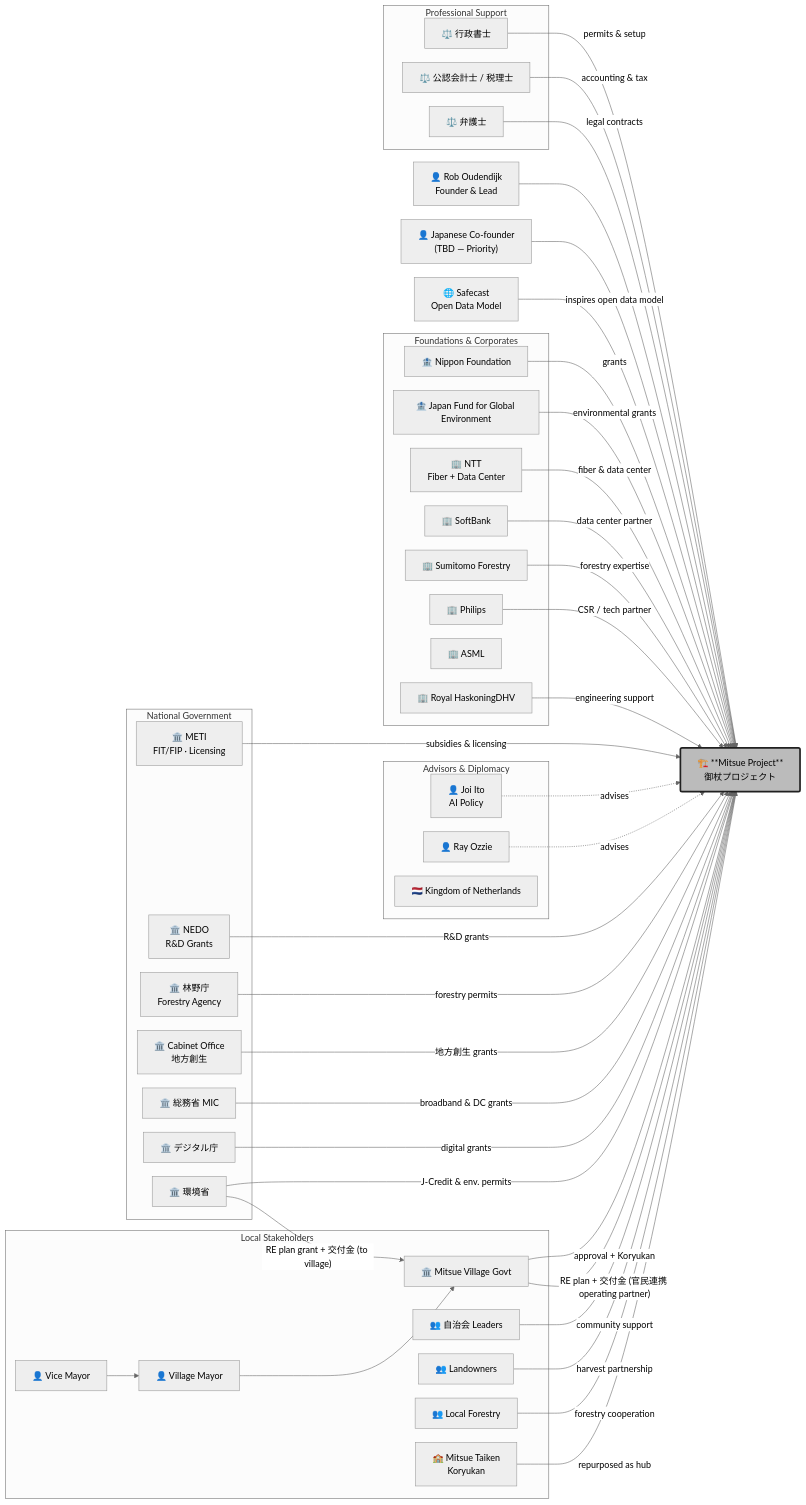
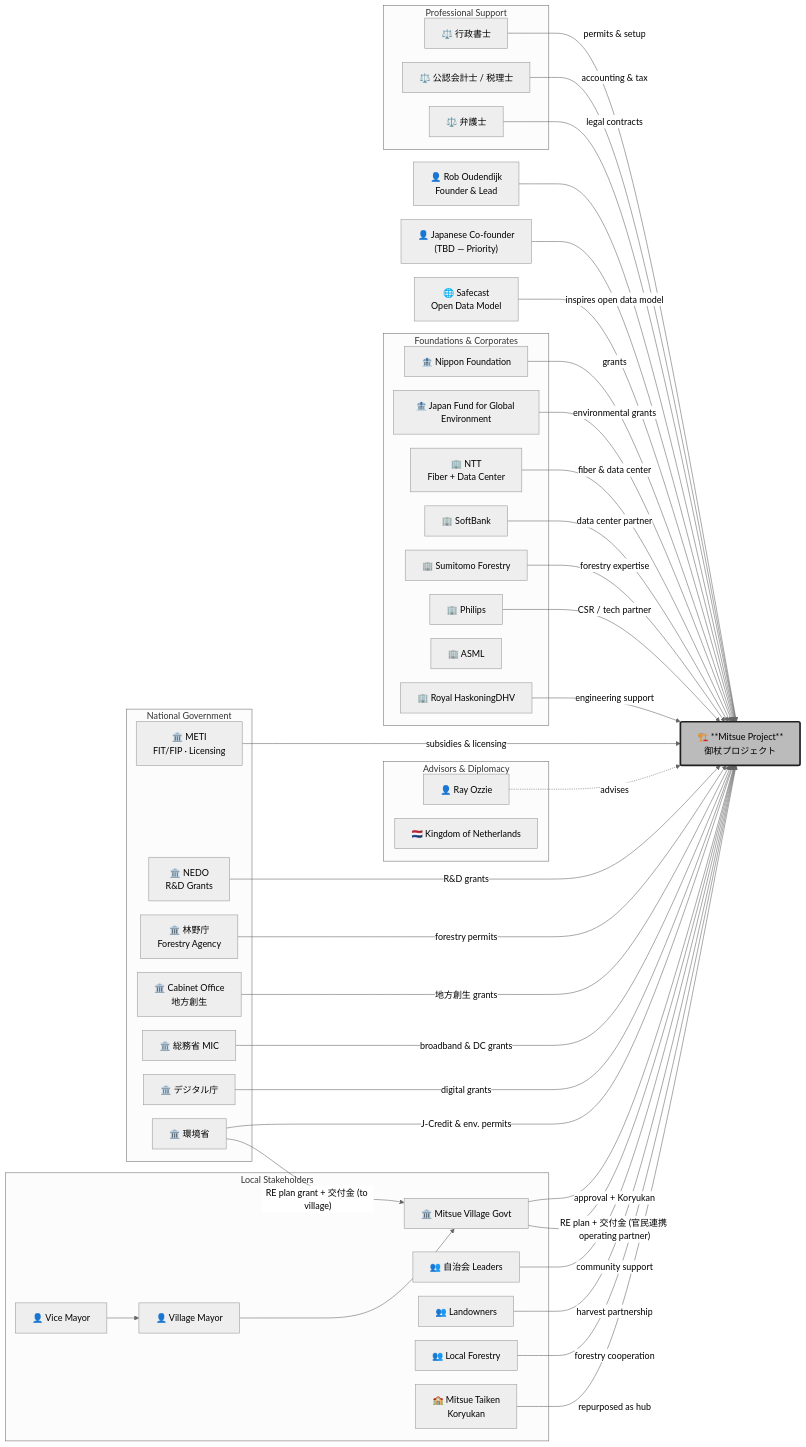
The diagram in mitsue_stakeholders.md (robouden/mitsue-ai-data-center), drawn with Mermaid (neutral theme) before and after one commit. The commit also changed other lines of this file and 66 other files, not shown here.

First line of the commit message:
docs: remove Joi Ito as advisor across all documents

```diff
--- a/mitsue_stakeholders.md
+++ b/mitsue_stakeholders.md
@@ -150,7 +149,6 @@
     COFOUND["👤 Japanese Co-founder\n(TBD — Priority)"]
 
     subgraph Advisors["Advisors & Diplomacy"]
-        JOI["👤 Joi Ito\nAI Policy"]
         RAY["👤 Ray Ozzie"]
         NL["🇳🇱 Kingdom of Netherlands"]
     end
@@ -200,7 +198,6 @@
     COFOUND --> PROJ
     SAFECAST -->|"inspires open data model"| PROJ
 
-    JOI -.->|"advises"| PROJ
     RAY -.->|"advises"| PROJ
     VILLAGE -->|"approval + Koryukan"| PROJ
     VILLAGE -->|"RE plan + 交付金 (官民連携 operating partner)"| PROJ
```
